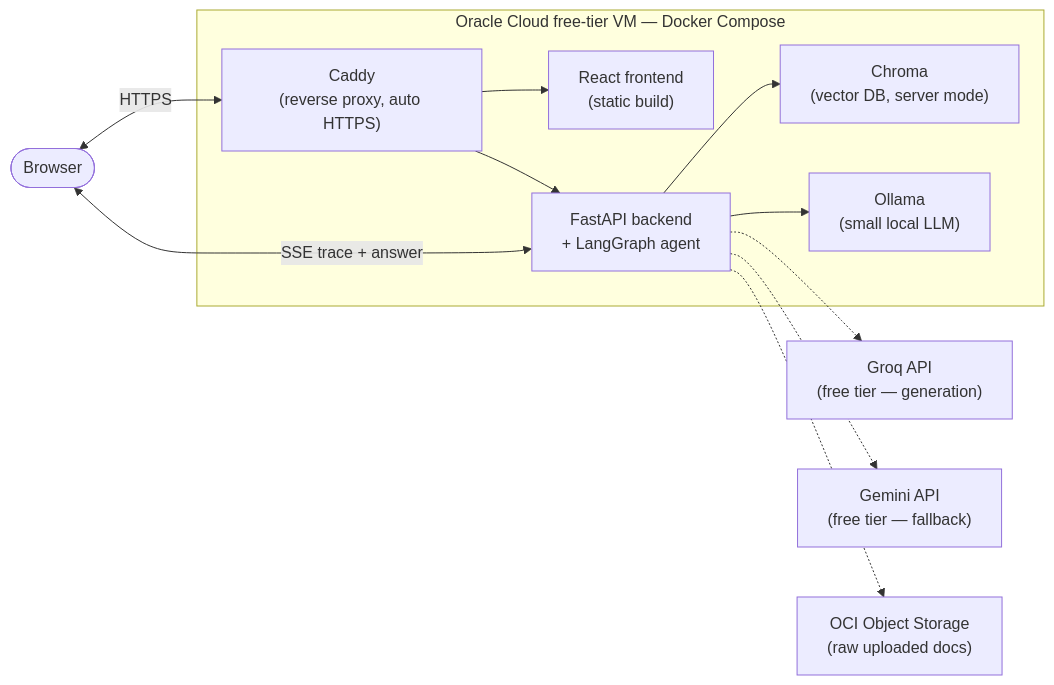
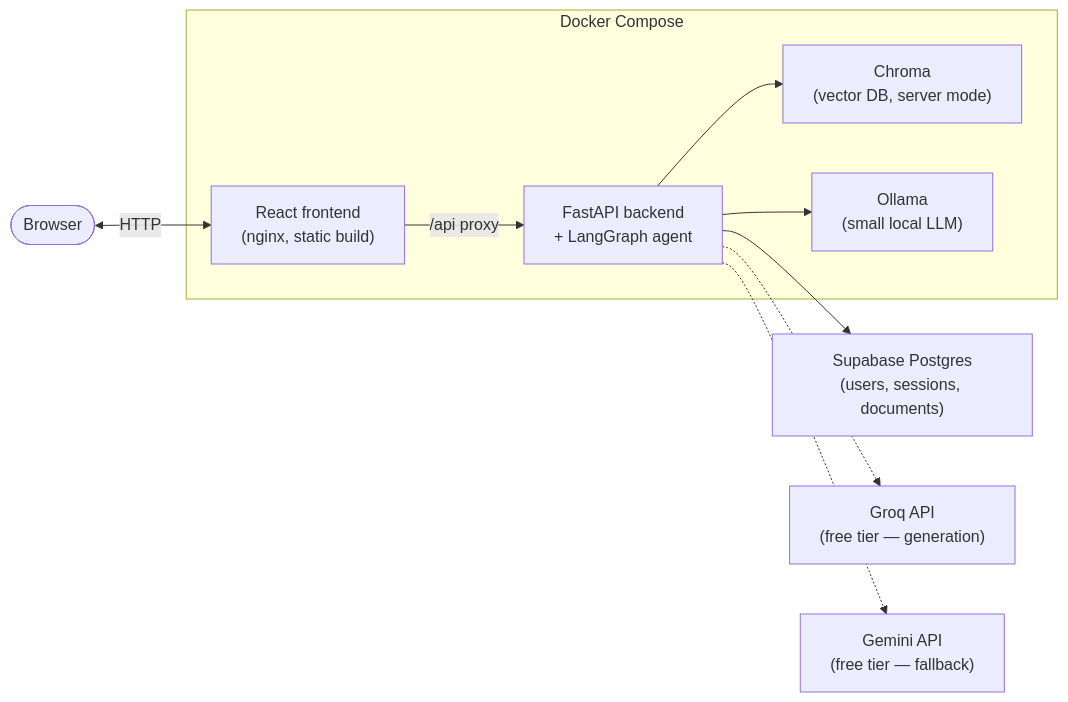
One commit to SakinduR/notemate changed the first of 2 diagrams in README.md. Above: the diagram before and after it, drawn with Mermaid. The commit also changed other lines of this file and 14 other files, not shown here.

````diff
--- a/README.md
+++ b/README.md
@@ -33,26 +121,23 @@
 ```mermaid
 flowchart LR
     Browser(["Browser"])
 
-    subgraph VM["Oracle Cloud free-tier VM — Docker Compose"]
-        Caddy["Caddy\n(reverse proxy, auto HTTPS)"]
-        Frontend["React frontend\n(static build)"]
+    subgraph Docker["Docker Compose"]
+        Frontend["React frontend\n(nginx, static build)"]
         Backend["FastAPI backend\n+ LangGraph agent"]
         Chroma["Chroma\n(vector DB, server mode)"]
         Ollama["Ollama\n(small local LLM)"]
     end
 
+    Supabase["Supabase Postgres\n(users, sessions, documents)"]
     Groq["Groq API\n(free tier — generation)"]
     Gemini["Gemini API\n(free tier — fallback)"]
-    OCI["OCI Object Storage\n(raw uploaded docs)"]
 
-    Browser <-->|HTTPS| Caddy
-    Caddy --> Frontend
-    Caddy --> Backend
-    Backend <-->|SSE trace + answer| Browser
+    Browser <-->|HTTP| Frontend
+    Frontend -->|"/api proxy"| Backend
     Backend --> Chroma
     Backend --> Ollama
+    Backend --> Supabase
     Backend -.-> Groq
     Backend -.-> Gemini
-    Backend -.-> OCI
 ```
````
